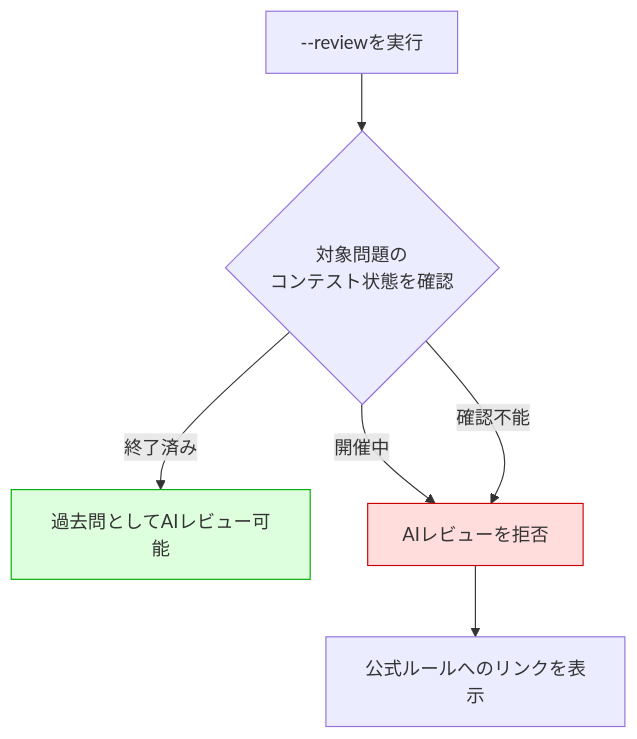
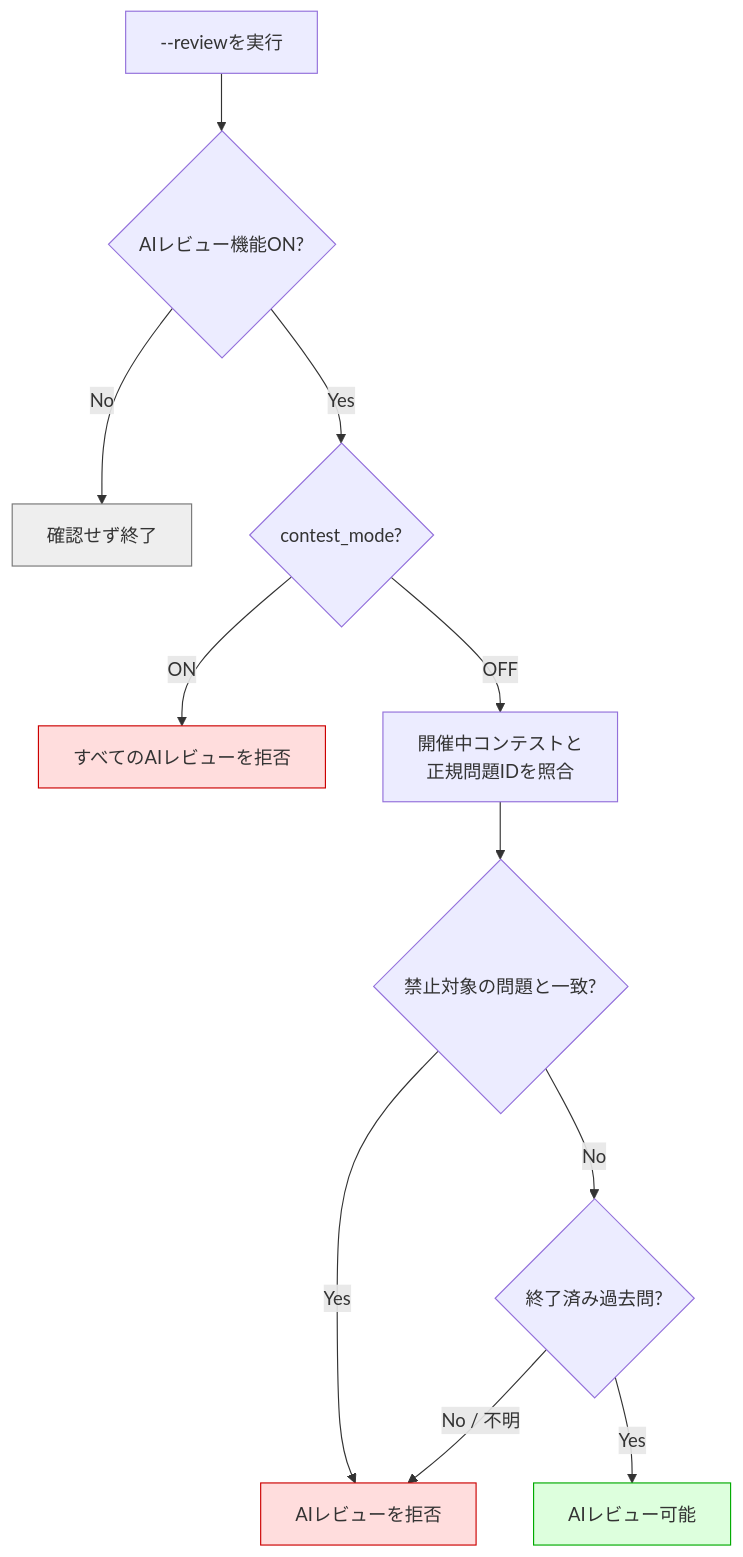
One commit to mgmaru/algo-loom changed the third of 5 diagrams in distribution/algoloom-distribution.md. Above: the diagram before and after it, drawn with Mermaid. The commit also changed other lines of this file, not shown here.

````diff
--- a/distribution/algoloom-distribution.md
+++ b/distribution/algoloom-distribution.md
@@ -272,11 +282,18 @@
 ```mermaid
 flowchart TD
-    A[--reviewを実行] --> B{対象問題の<br/>コンテスト状態を確認}
-    B -->|終了済み| C[過去問としてAIレビュー可能]
-    B -->|開催中| D[AIレビューを拒否]
-    B -->|確認不能| D
-    D --> E[公式ルールへのリンクを表示]
+    A[--reviewを実行] --> B{AIレビュー機能ON?}
+    B -->|No| C[確認せず終了]
+    B -->|Yes| D{contest_mode?}
+    D -->|ON| E[すべてのAIレビューを拒否]
+    D -->|OFF| F[開催中コンテストと<br/>正規問題IDを照合]
+    F --> G{禁止対象の問題と一致?}
+    G -->|Yes| H[AIレビューを拒否]
+    G -->|No| I{終了済み過去問?}
+    I -->|Yes| J[AIレビュー可能]
+    I -->|No / 不明| H
 
-    style C fill:#dfd,stroke:#0a0
-    style D fill:#fdd,stroke:#c00
+    style C fill:#eee,stroke:#777
+    style E fill:#fdd,stroke:#c00
+    style H fill:#fdd,stroke:#c00
+    style J fill:#dfd,stroke:#0a0
 ```
````
